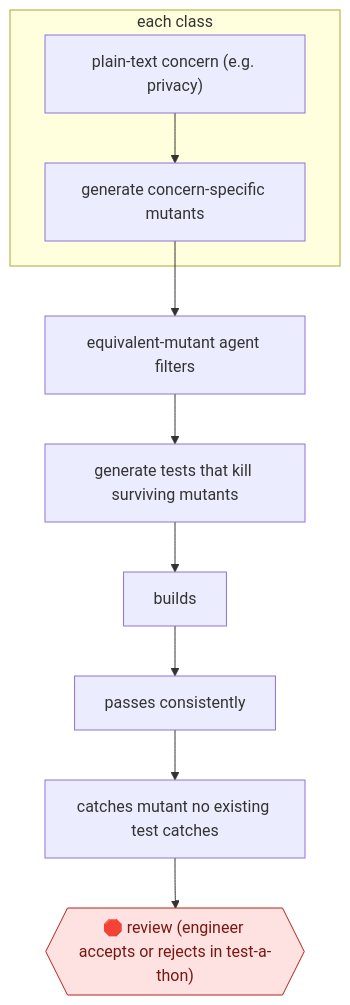
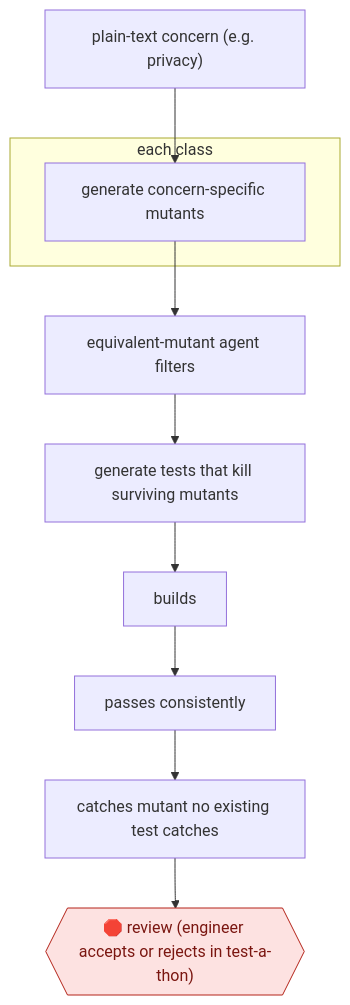
One commit to milesradford99/agent-workflow-atlas changed the diagram in workflows/TEC/SWE/TEST/mutant-guided-hardening-tests/README.md. Above: the diagram before and after it, drawn with Mermaid. The commit also changed other lines of this file and 171 other files, not shown here.

````diff
--- a/workflows/TEC/SWE/TEST/mutant-guided-hardening-tests/README.md
+++ b/workflows/TEC/SWE/TEST/mutant-guided-hardening-tests/README.md
@@ -31,21 +31,21 @@
 ```mermaid
 flowchart TD
   n1["plain-text concern (e.g. privacy)"]
   subgraph s2["each class"]
   n3["generate concern-specific mutants"]
-  n1 --> n3
   end
   n4["equivalent-mutant agent filters"]
+  n5["generate tests that kill surviving mutants"]
+  n6["builds"]
+  n7["passes consistently"]
+  n8["catches mutant no existing test catches"]
+  n9{{"🛑 review (engineer accepts or rejects in test-a-thon)"}}:::stop
+  n1 --> n3
   n3 --> n4
-  n5["generate tests that kill surviving mutants"]
   n4 --> n5
-  n6["builds"]
   n5 --> n6
-  n7["passes consistently"]
   n6 --> n7
-  n8["catches mutant no existing test catches"]
   n7 --> n8
-  n9{{"🛑 review (engineer accepts or rejects in test-a-thon)"}}:::stop
   n8 --> n9
   classDef stop fill:#fde2e1,stroke:#b42318,color:#7a1610
 ```
````
